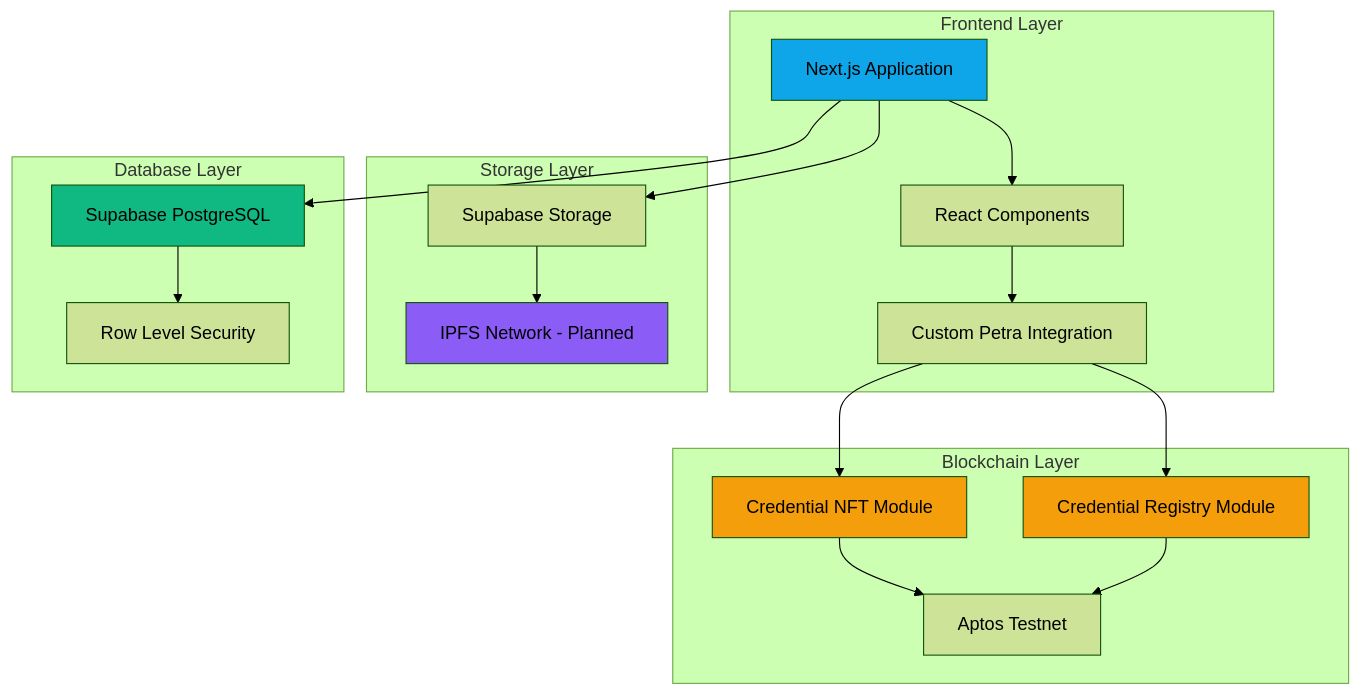
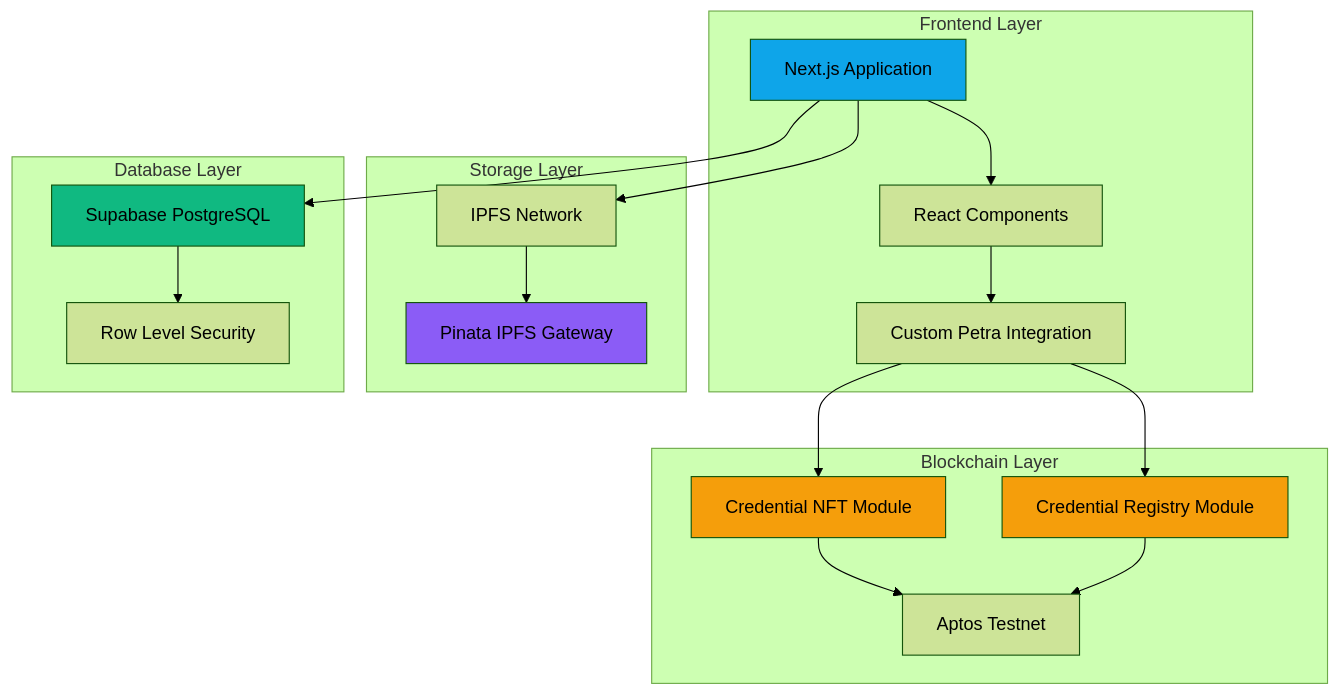
The first of 3 diagrams in README.md (soumen0818/ACREDIA-APTOS), drawn with Mermaid (forest theme) before and after one commit. The commit also changed other lines of this file, not shown here.

Commit message:
Update README to reflect Pinata integration for IPFS metadata storage

````diff
--- a/README.md
+++ b/README.md
@@ -211,41 +212,41 @@
 ```mermaid
 graph TB
     subgraph "Frontend Layer"
         A[Next.js Application]
         B[React Components]
         C[Custom Petra Integration]
     end
     
     subgraph "Blockchain Layer"
         D[Credential NFT Module]
         E[Credential Registry Module]
         F[Aptos Testnet]
     end
     
     subgraph "Storage Layer"
-        G[IPFS Network - Planned]
-        H[Supabase Storage]
+        G[Pinata IPFS Gateway]
+        H[IPFS Network]
     end
     
     subgraph "Database Layer"
         I[Supabase PostgreSQL]
         J[Row Level Security]
     end
     
     A --> B
     B --> C
     C --> D
     C --> E
     D --> F
     E --> F
     A --> H
     H --> G
     A --> I
     I --> J
     
     style A fill:#0ea5e9
     style D fill:#f59e0b
     style E fill:#f59e0b
     style G fill:#8b5cf6
     style I fill:#10b981
 ```
````
